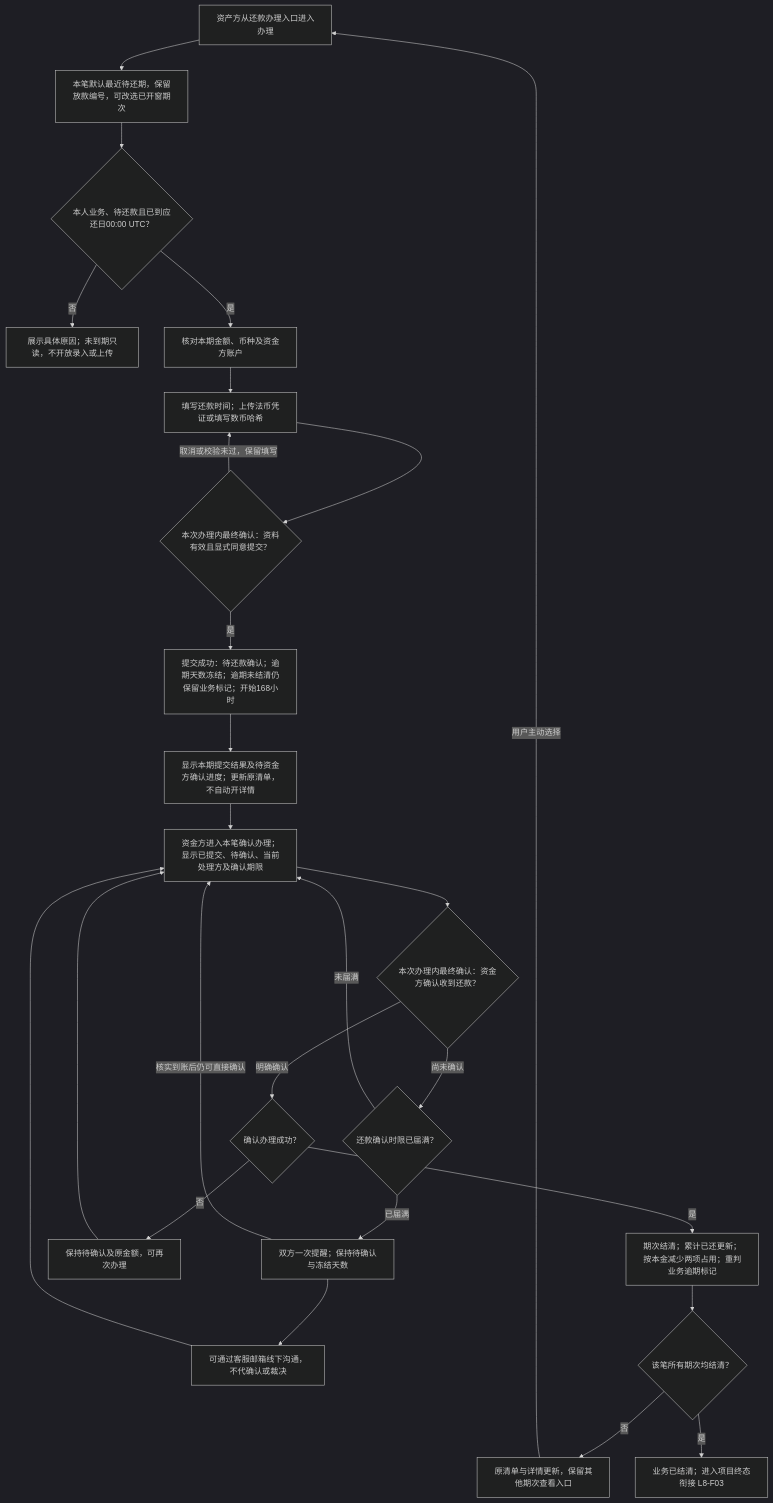
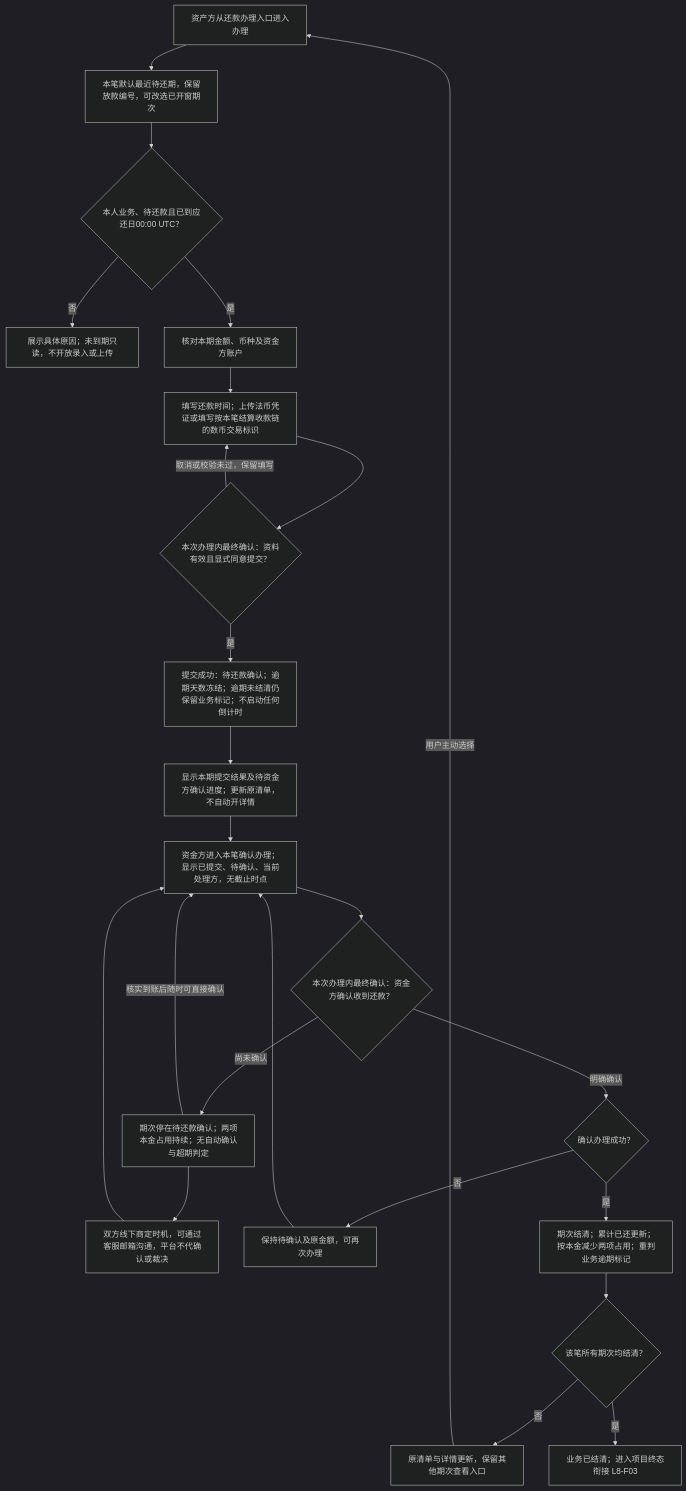
Before and after one commit to wxblockchain/Chain-Financing: the second of 7 diagrams in lending-platform/PRD/v1.0-借贷广场-还款计划与还款确认/02-还款计划与还款确认-流程图与状态机.md, drawn with Mermaid (dark theme). The commit also changed other lines of this file and 5 other files, not shown here.

````diff
--- a/lending-platform/PRD/v1.0-借贷广场-还款计划与还款确认/02-还款计划与还款确认-流程图与状态机.md
+++ b/lending-platform/PRD/v1.0-借贷广场-还款计划与还款确认/02-还款计划与还款确认-流程图与状态机.md
@@ -49,28 +49,26 @@
 ```mermaid
 flowchart TD
   A[资产方从还款办理入口进入办理] --> B[本笔默认最近待还期，保留放款编号，可改选已开窗期次]
   B --> C{本人业务、待还款且已到应还日00:00 UTC？}
   C -->|否| D[展示具体原因；未到期只读，不开放录入或上传]
   C -->|是| E[核对本期金额、币种及资金方账户]
-  E --> F[填写还款时间；上传法币凭证或填写数币哈希]
+  E --> F[填写还款时间；上传法币凭证或填写按本笔结算收款链的数币交易标识]
   F --> G{本次办理内最终确认：资料有效且显式同意提交？}
   G -->|取消或校验未过，保留填写| F
-  G -->|是| H[提交成功：待还款确认；逾期天数冻结；逾期未结清仍保留业务标记；开始168小时]
+  G -->|是| H[提交成功：待还款确认；逾期天数冻结；逾期未结清仍保留业务标记；不启动任何倒计时]
   H --> T[显示本期提交结果及待资金方确认进度；更新原清单，不自动开详情]
-  T --> I[资金方进入本笔确认办理；显示已提交、待确认、当前处理方及确认期限]
+  T --> I[资金方进入本笔确认办理；显示已提交、待确认、当前处理方，无截止时点]
   I --> J{本次办理内最终确认：资金方确认收到还款？}
-  J -->|尚未确认| K{还款确认时限已届满？}
-  K -->|未届满| I
-  K -->|已届满| L[双方一次提醒；保持待确认与冻结天数]
-  L --> M[可通过客服邮箱线下沟通，不代确认或裁决]
-  L -->|核实到账后仍可直接确认| I
+  J -->|尚未确认| L[期次停在待还款确认；两项本金占用持续；无自动确认与超期判定]
+  L --> M[双方线下商定时机，可通过客服邮箱沟通，平台不代确认或裁决]
+  L -->|核实到账后随时可直接确认| I
   M --> I
   J -->|明确确认| N{确认办理成功？}
   N -->|否| O[保持待确认及原金额，可再次办理]
   O --> I
   N -->|是| P[期次结清；累计已还更新；按本金减少两项占用；重判业务逾期标记]
   P --> Q{该笔所有期次均结清？}
   Q -->|否| R[原清单与详情更新，保留其他期次查看入口]
   R -->|用户主动选择| A
   Q -->|是| S[业务已结清；进入项目终态衔接 L8-F03]
 ```
````
